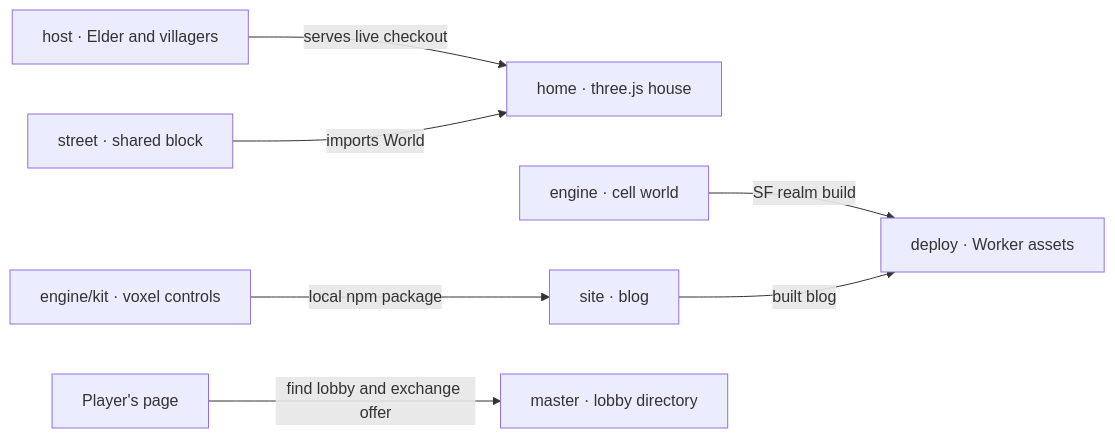
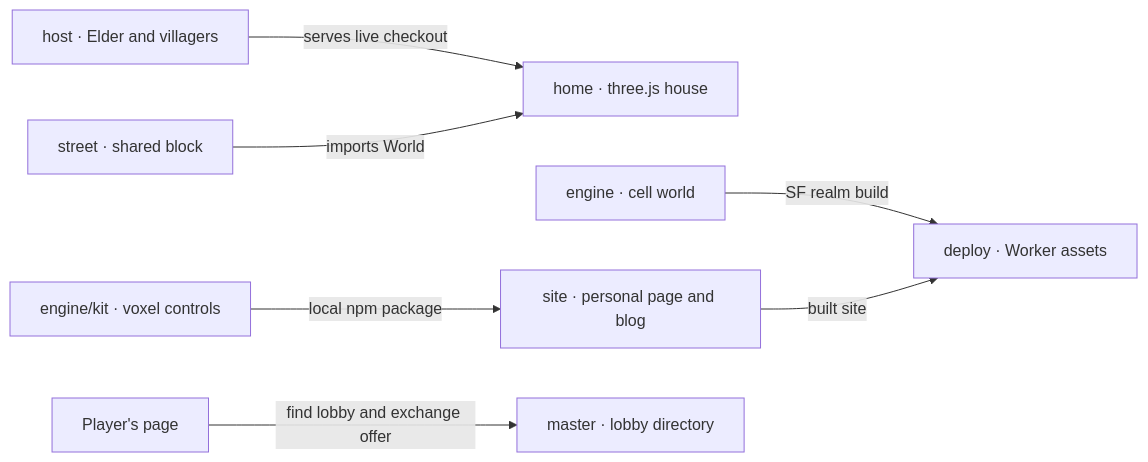
The diagram in guide/project.md (voxelwright/voxelwright), drawn with Mermaid before and after one commit. The commit also changed other lines of this file and 23 other files, not shown here.

Commit message:
[578] Swap zahynailo.dev to personal page and blog (pr 588)

````diff
--- a/guide/project.md
+++ b/guide/project.md
@@ -5,9 +5,9 @@
 ```mermaid
 flowchart LR
   Host["host · Elder and villagers"] -->|serves live checkout| Home["home · three.js house"]
   Street["street · shared block"] -->|imports World| Home
   Engine["engine · cell world"] -->|SF realm build| Deploy["deploy · Worker assets"]
-  Kit["engine/kit · voxel controls"] -->|local npm package| Site["site · blog"]
-  Site -->|built blog| Deploy
+  Kit["engine/kit · voxel controls"] -->|local npm package| Site["site · personal page and blog"]
+  Site -->|built site| Deploy
   Player["Player's page"] -->|find lobby and exchange offer| Master["master · lobby directory"]
 ```
````
